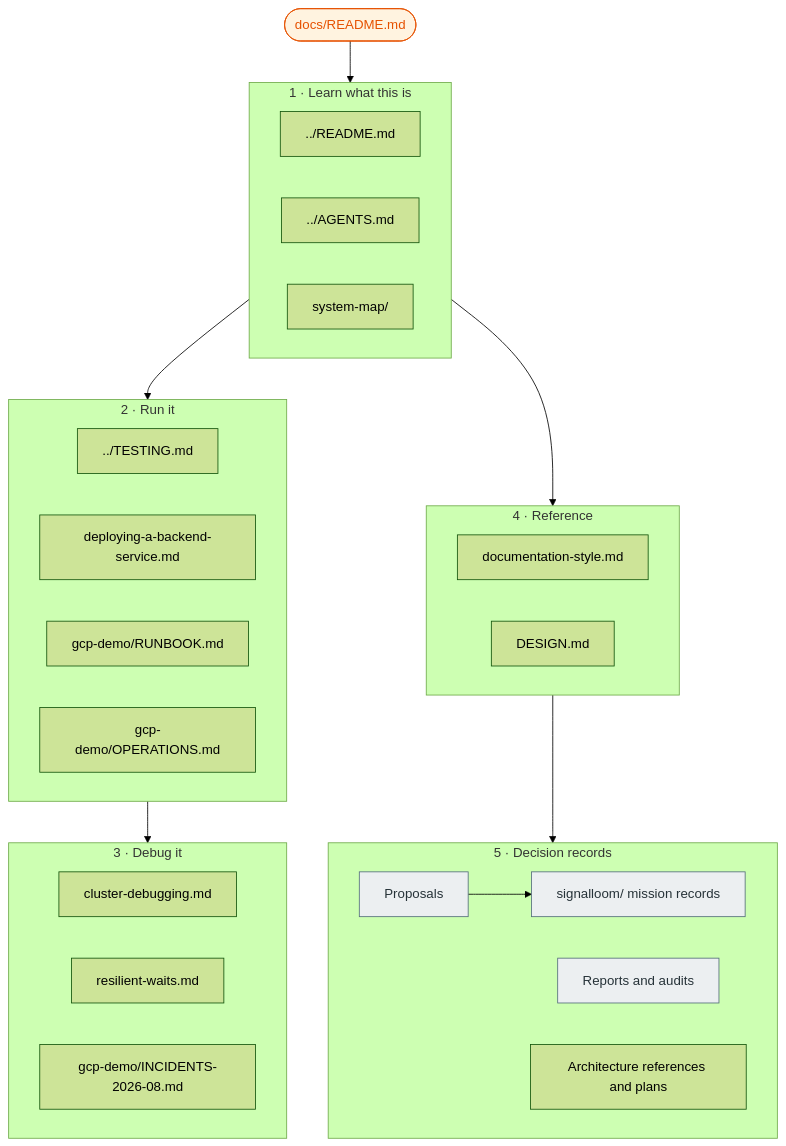
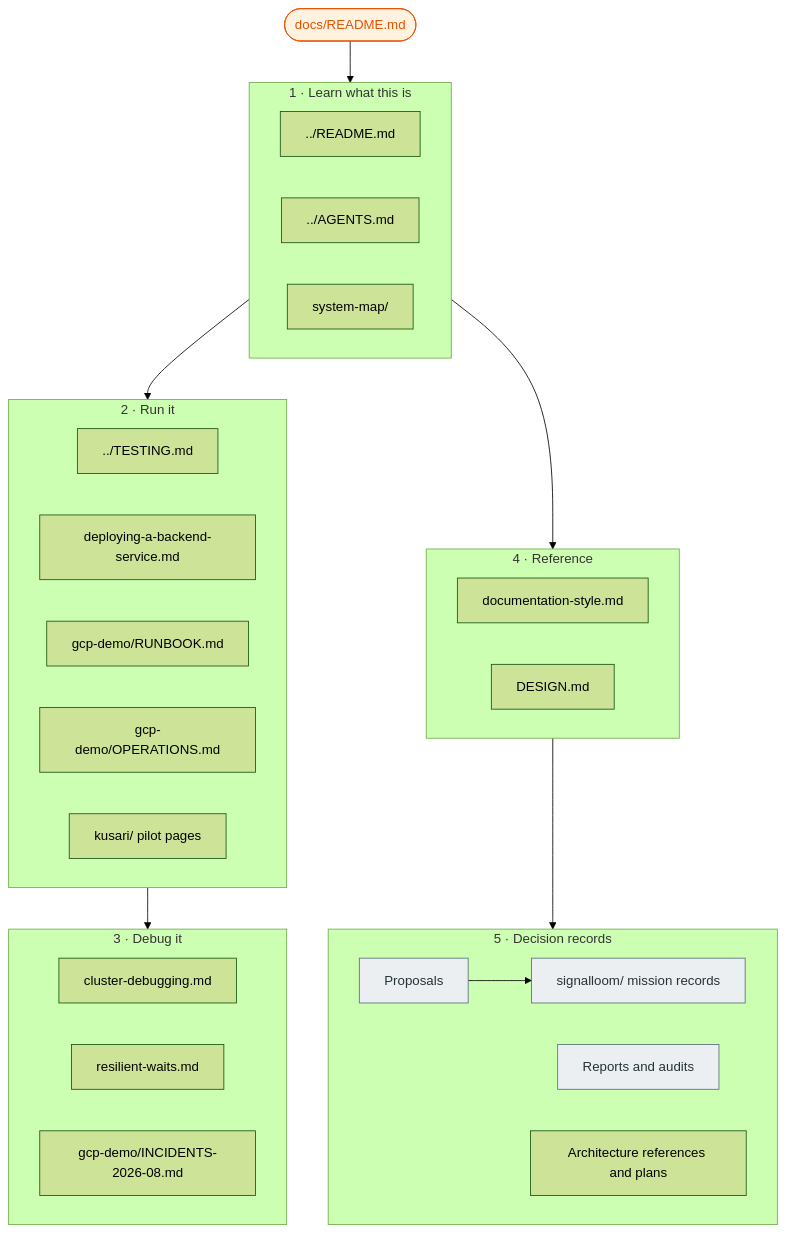
One commit to sublimino/architecture-as-code changed the diagram in docs/README.md. Above: the diagram before and after it, drawn with Mermaid (forest theme). The commit also changed other lines of this file and 6 other files, not shown here.

First line of the commit message:
docs: add Kusari EAP pilot user documentation

````diff
--- a/docs/README.md
+++ b/docs/README.md
@@ -37,45 +37,46 @@
 ```mermaid
 flowchart TB
   START(["docs/README.md"])
 
   subgraph learn["1 · Learn what this is"]
     RM["../README.md"]
     AG["../AGENTS.md"]
     MAP["system-map/"]
   end
 
   subgraph run["2 · Run it"]
     TEST["../TESTING.md"]
     BACK["deploying-a-backend-service.md"]
     RB["gcp-demo/RUNBOOK.md"]
     OPS["gcp-demo/OPERATIONS.md"]
+    KUS["kusari/ pilot pages"]
   end
 
   subgraph debug["3 · Debug it"]
     CD["cluster-debugging.md"]
     RW["resilient-waits.md"]
     INC["gcp-demo/INCIDENTS-2026-08.md"]
   end
 
   subgraph ref["4 · Reference"]
     STYLE["documentation-style.md"]
     DES["DESIGN.md"]
   end
 
   subgraph rec["5 · Decision records"]
     PROP["Proposals"]
     MIS["signalloom/ mission records"]
     REP["Reports and audits"]
     ARCH["Architecture references and plans"]
   end
 
   START --> learn --> run --> debug
   learn --> ref
   ref --> rec
   PROP --> MIS
 
   classDef entry fill:#fff3e0,stroke:#e65100,color:#e65100;
   classDef record fill:#eceff1,stroke:#546e7a,color:#263238;
   class START entry;
   class PROP,MIS,REP record;
 ```
````
